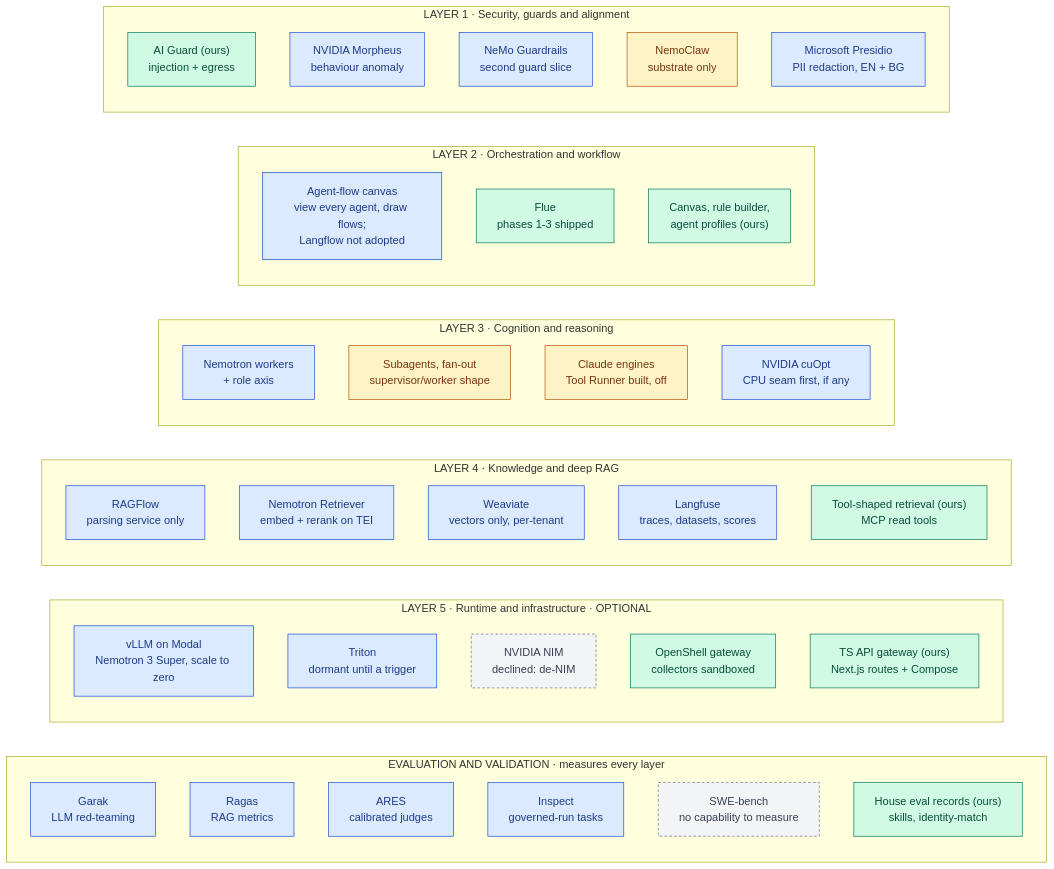
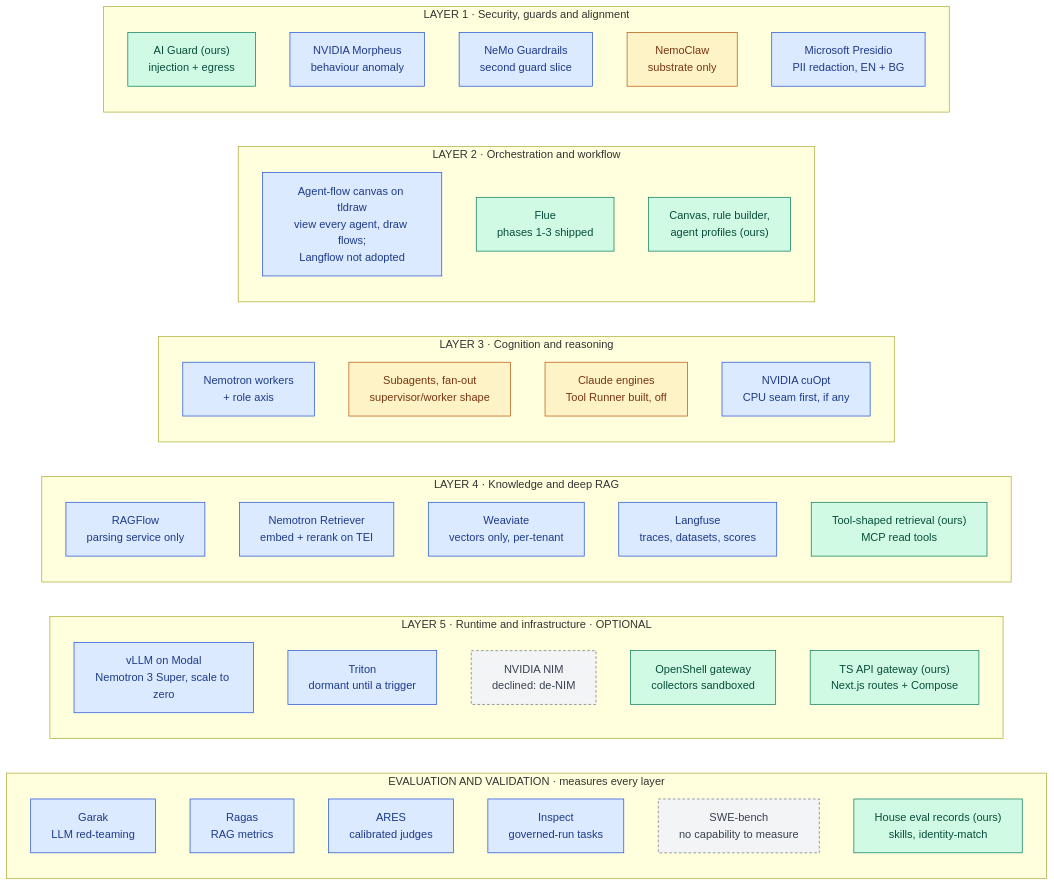
One commit to RodnaPamet/inflect-compliance changed the first of 5 diagrams in docs/ai-architecture-roadmap.md. Above: the diagram before and after it, drawn with Mermaid. The commit also changed other lines of this file and 1 other file, not shown here.

First line of the commit message:
docs(ai-architecture): the agent-flow canvas is built on tldraw, inside the process-canvas module (D-L2-3)

````diff
--- a/docs/ai-architecture-roadmap.md
+++ b/docs/ai-architecture-roadmap.md
@@ -43,59 +43,59 @@
 ```mermaid
 flowchart LR
   subgraph EV["EVALUATION AND VALIDATION · measures every layer"]
     direction TB
     GA["Garak<br/>LLM red-teaming"]:::todo
     RA["Ragas<br/>RAG metrics"]:::todo
     AR["ARES<br/>calibrated judges"]:::todo
     IS["Inspect<br/>governed-run tasks"]:::todo
     SB["SWE-bench<br/>no capability to measure"]:::declined
     HR["House eval records (ours)<br/>skills, identity-match"]:::done
   end
 
   subgraph L5["LAYER 5 · Runtime and infrastructure · OPTIONAL"]
     direction TB
     MD["vLLM on Modal<br/>Nemotron 3 Super, scale to zero"]:::todo
     TT["Triton<br/>dormant until a trigger"]:::todo
     NIM["NVIDIA NIM<br/>declined: de-NIM"]:::declined
     OS["OpenShell gateway<br/>collectors sandboxed"]:::done
     GW["TS API gateway (ours)<br/>Next.js routes + Compose"]:::done
   end
 
   subgraph L4["LAYER 4 · Knowledge and deep RAG"]
     direction TB
     RF["RAGFlow<br/>parsing service only"]:::todo
     RT["Nemotron Retriever<br/>embed + rerank on TEI"]:::todo
     WV["Weaviate<br/>vectors only, per-tenant"]:::todo
     LU["Langfuse<br/>traces, datasets, scores"]:::todo
     TR["Tool-shaped retrieval (ours)<br/>MCP read tools"]:::done
   end
 
   subgraph L3["LAYER 3 · Cognition and reasoning"]
     direction TB
     NR["Nemotron workers<br/>+ role axis"]:::todo
     SW["Subagents, fan-out<br/>supervisor/worker shape"]:::partial
     CL["Claude engines<br/>Tool Runner built, off"]:::partial
     CO["NVIDIA cuOpt<br/>CPU seam first, if any"]:::todo
   end
 
   subgraph L2["LAYER 2 · Orchestration and workflow"]
     direction TB
-    LF["Agent-flow canvas<br/>view every agent, draw flows;<br/>Langflow not adopted"]:::todo
+    LF["Agent-flow canvas on tldraw<br/>view every agent, draw flows;<br/>Langflow not adopted"]:::todo
     FL["Flue<br/>phases 1-3 shipped"]:::done
     CV["Canvas, rule builder,<br/>agent profiles (ours)"]:::done
   end
 
   subgraph L1["LAYER 1 · Security, guards and alignment"]
     direction TB
     AG["AI Guard (ours)<br/>injection + egress"]:::done
     MO["NVIDIA Morpheus<br/>behaviour anomaly"]:::todo
     NG["NeMo Guardrails<br/>second guard slice"]:::todo
     NC["NemoClaw<br/>substrate only"]:::partial
     PR["Microsoft Presidio<br/>PII redaction, EN + BG"]:::todo
   end
 
   classDef done fill:#d1fae5,stroke:#047857,color:#064e3b
   classDef partial fill:#fef3c7,stroke:#b45309,color:#78350f
   classDef todo fill:#dbeafe,stroke:#1d4ed8,color:#1e3a8a
   classDef declined fill:#f3f4f6,stroke:#6b7280,color:#374151,stroke-dasharray:4 3
 ```
````
